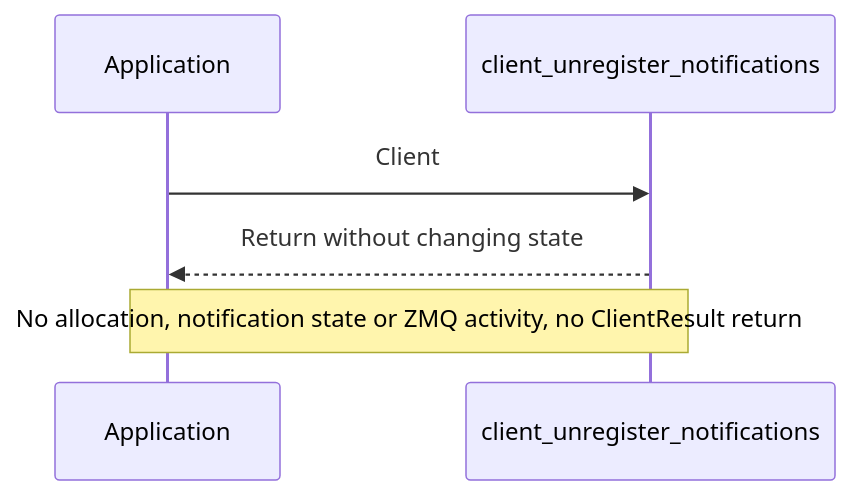
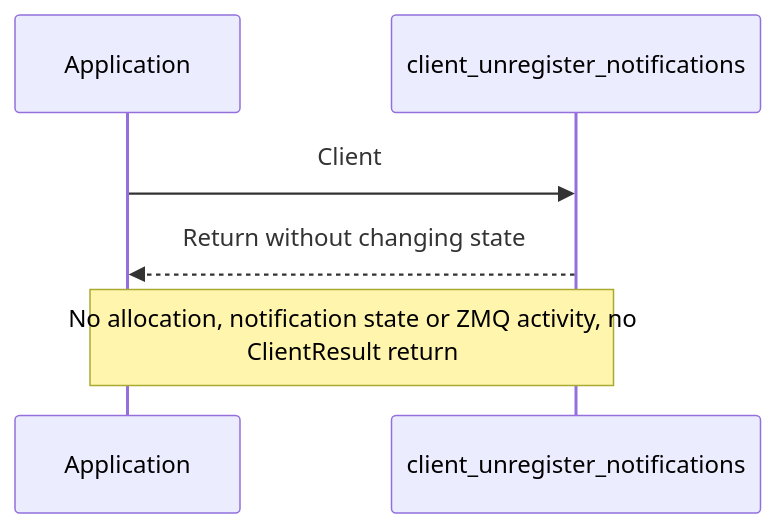
Before and after one commit to rdkcentral/eyil-secure-gateway: diagram 14 of 38 in doc/EyilSecureGateway.md, drawn with Mermaid. The commit also changed other lines of this file, not shown here.

Commit message:
RDKEMW-27976: Remove Client's queue

````diff
--- a/doc/EyilSecureGateway.md
+++ b/doc/EyilSecureGateway.md
@@ -2148,8 +2468,8 @@
 ```mermaid
 sequenceDiagram
     participant A as Application
     participant API as client_unregister_notifications
     A->>API: Client
     API-->>A: Return without changing state
-    Note over A,API: No allocation, notification state or ZMQ activity, no ClientResult return
+    Note over A,API: No allocation, notification state or ZMQ activity, no<br/>ClientResult return
 ```
````
